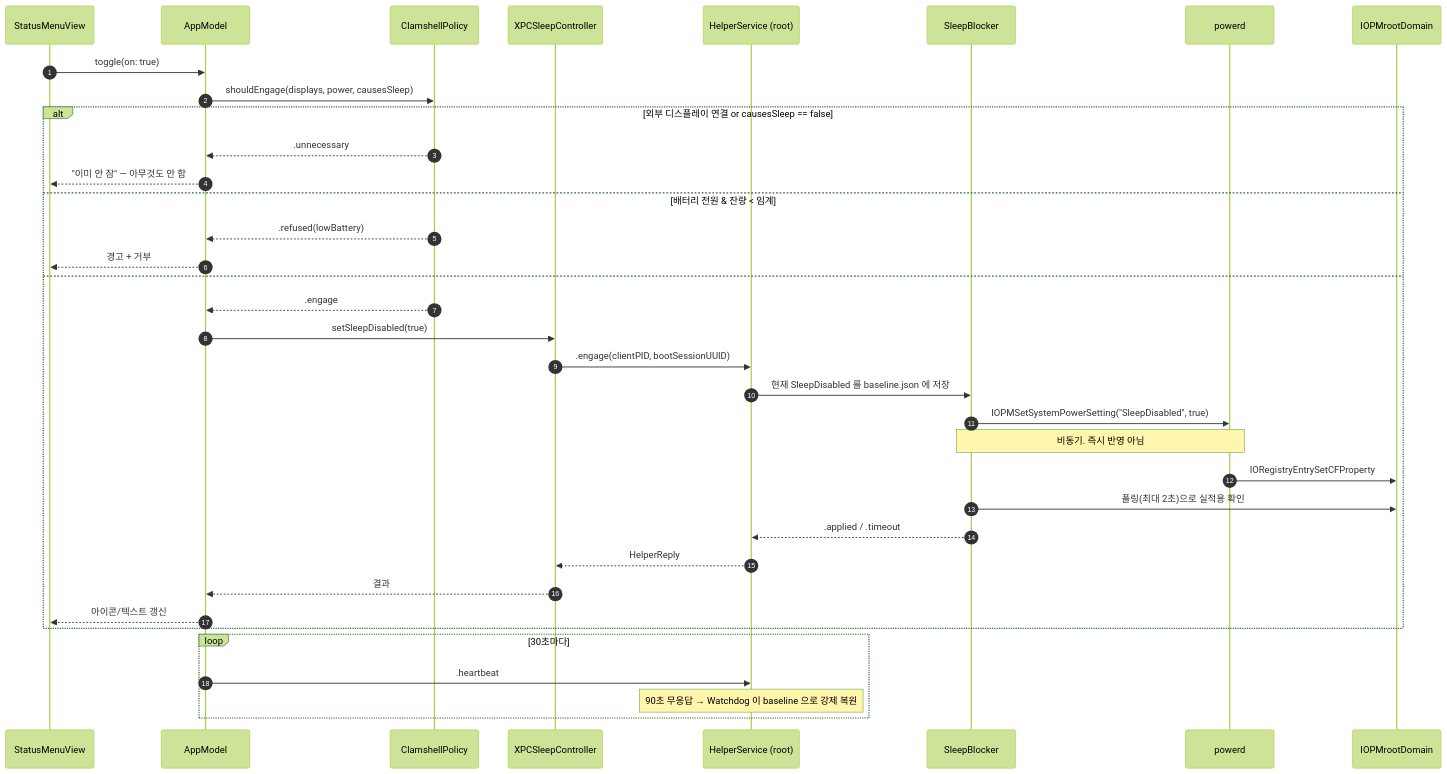
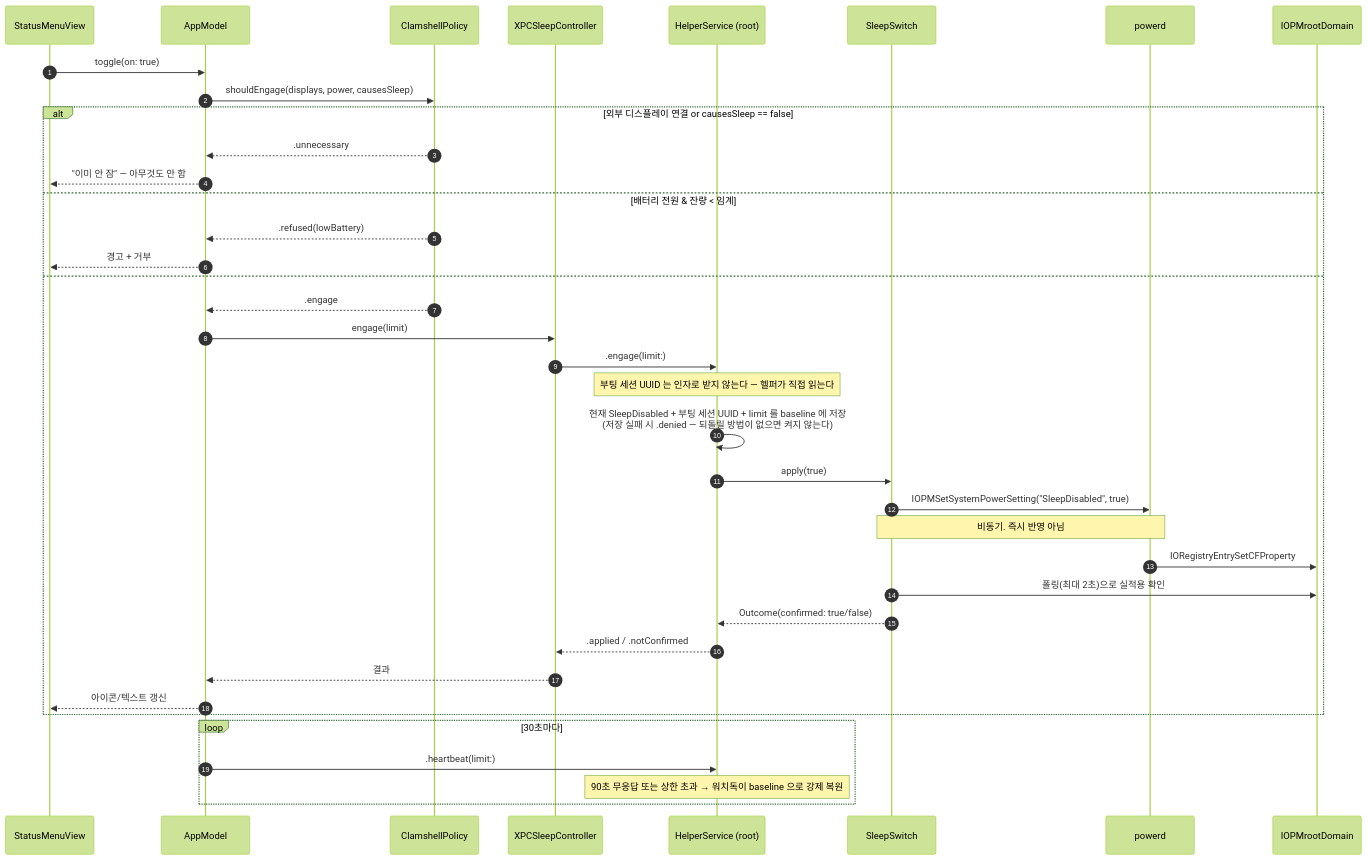
One commit to woojang1230/mac-controler changed the second of 2 diagrams in DESIGN.md. Above: the diagram before and after it, drawn with Mermaid (forest theme). The commit also changed other lines of this file and 2 other files, not shown here.

````diff
--- a/DESIGN.md
+++ b/DESIGN.md
@@ -316,40 +312,42 @@
 ```mermaid
 sequenceDiagram
     autonumber
     participant V as StatusMenuView
     participant M as AppModel
     participant P as ClamshellPolicy
     participant X as XPCSleepController
     participant H as HelperService (root)
-    participant B as SleepBlocker
+    participant B as SleepSwitch
     participant PD as powerd
     participant RD as IOPMrootDomain
 
     V->>M: toggle(on: true)
     M->>P: shouldEngage(displays, power, causesSleep)
     alt 외부 디스플레이 연결 or causesSleep == false
         P-->>M: .unnecessary
         M-->>V: "이미 안 잠" — 아무것도 안 함
     else 배터리 전원 & 잔량 < 임계
         P-->>M: .refused(lowBattery)
         M-->>V: 경고 + 거부
     else
         P-->>M: .engage
-        M->>X: setSleepDisabled(true)
-        X->>H: .engage(clientPID, bootSessionUUID)
-        H->>B: 현재 SleepDisabled 를 baseline.json 에 저장
+        M->>X: engage(limit)
+        X->>H: .engage(limit:)
+        Note over H: 부팅 세션 UUID 는 인자로 받지 않는다 — 헬퍼가 직접 읽는다
+        H->>H: 현재 SleepDisabled + 부팅 세션 UUID + limit 를 baseline 에 저장<br/>(저장 실패 시 .denied — 되돌릴 방법이 없으면 켜지 않는다)
+        H->>B: apply(true)
         B->>PD: IOPMSetSystemPowerSetting("SleepDisabled", true)
         Note over B,PD: 비동기. 즉시 반영 아님
         PD->>RD: IORegistryEntrySetCFProperty
         B->>RD: 폴링(최대 2초)으로 실적용 확인
-        B-->>H: .applied / .timeout
-        H-->>X: HelperReply
+        B-->>H: Outcome(confirmed: true/false)
+        H-->>X: .applied / .notConfirmed
         X-->>M: 결과
         M-->>V: 아이콘/텍스트 갱신
     end
 
     loop 30초마다
-        M->>H: .heartbeat
-        Note over H: 90초 무응답 → Watchdog 이 baseline 으로 강제 복원
+        M->>H: .heartbeat(limit:)
+        Note over H: 90초 무응답 또는 상한 초과 → 워치독이 baseline 으로 강제 복원
     end
 ```
````
